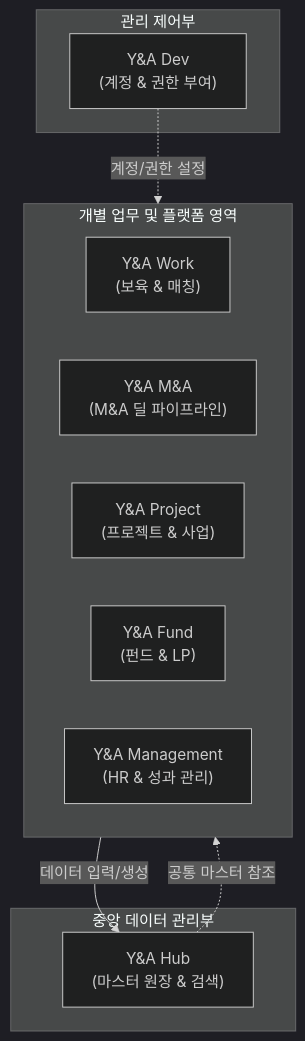
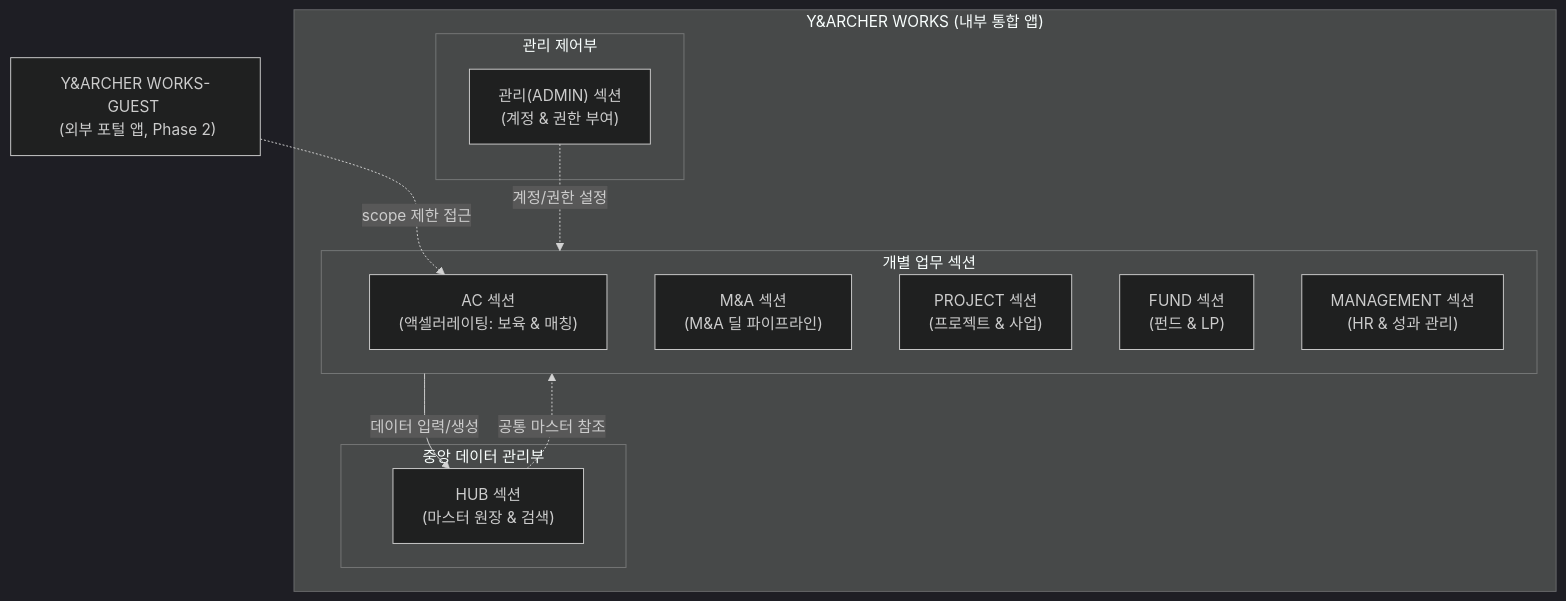
Before and after one commit to ynarcher-dev/yna_suite: the first of 2 diagrams in docs/yna_suite_planning.md, drawn with Mermaid (dark theme). The commit also changed other lines of this file and 261 other files, not shown here.

First line of the commit message:
refactor: 아키텍처 개편 — Y&ARCHER WORKS 단일 내부 앱 + GUEST 외부 앱 (dev→admin, work→ac)

````diff
--- a/docs/yna_suite_planning.md
+++ b/docs/yna_suite_planning.md
@@ -14,23 +21,28 @@
 ```mermaid
 flowchart TD
-    subgraph Admins ["관리 제어부"]
-        Dev["Y&A Dev <br> (계정 & 권한 부여)"]
+    subgraph WORKS ["Y&ARCHER WORKS (내부 통합 앱)"]
+        subgraph Admins ["관리 제어부"]
+            Admin["관리(ADMIN) 섹션 <br> (계정 & 권한 부여)"]
+        end
+
+        subgraph Sections ["개별 업무 섹션"]
+            AC["AC 섹션 <br> (액셀러레이팅: 보육 & 매칭)"]
+            MNA["M&A 섹션 <br> (M&A 딜 파이프라인)"]
+            Proj["PROJECT 섹션 <br> (프로젝트 & 사업)"]
+            Fund["FUND 섹션 <br> (펀드 & LP)"]
+            Mgmt["MANAGEMENT 섹션 <br> (HR & 성과 관리)"]
+        end
+
+        subgraph CoreDB ["중앙 데이터 관리부"]
+            Hub["HUB 섹션 <br> (마스터 원장 & 검색)"]
+        end
     end
 
-    subgraph ServiceApps ["개별 업무 및 플랫폼 영역"]
-        Work["Y&A Work <br> (보육 & 매칭)"]
-        MNA["Y&A M&A <br> (M&A 딜 파이프라인)"]
-        Proj["Y&A Project <br> (프로젝트 & 사업)"]
-        Fund["Y&A Fund <br> (펀드 & LP)"]
-        Mgmt["Y&A Management <br> (HR & 성과 관리)"]
-    end
-
-    subgraph CoreDB ["중앙 데이터 관리부"]
-        Hub["Y&A Hub <br> (마스터 원장 & 검색)"]
-    end
+    Guest["Y&ARCHER WORKS-GUEST <br> (외부 포털 앱, Phase 2)"]
 
     %% 데이터 흐름
-    Dev -.->|계정/권한 설정| ServiceApps
-    ServiceApps -->|데이터 입력/생성| Hub
-    Hub -.->|공통 마스터 참조| ServiceApps
+    Admin -.->|계정/권한 설정| Sections
+    Sections -->|데이터 입력/생성| Hub
+    Hub -.->|공통 마스터 참조| Sections
+    Guest -.->|scope 제한 접근| AC
 ```
````
